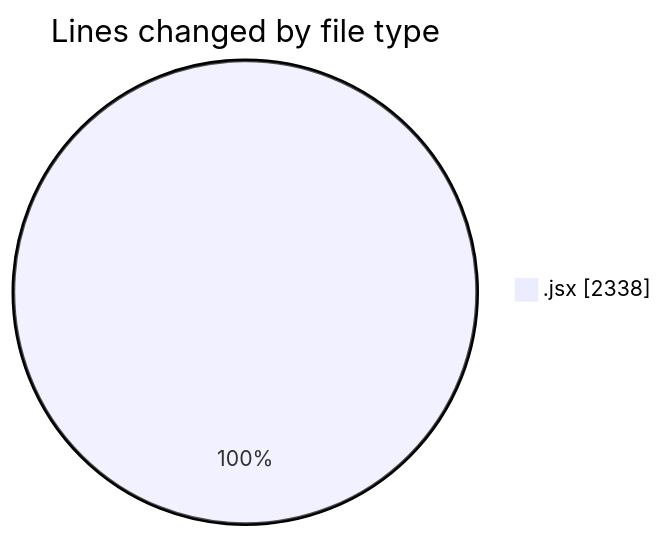
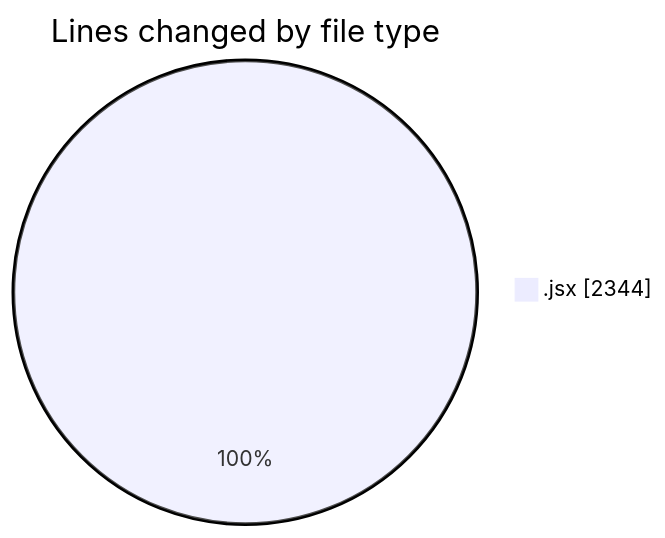
One commit to nxtqubesakshisongat/code-tracking changed the first of 2 diagrams in 2025-08-01/nxtqube_webapp/README.md. Above: the diagram before and after it, drawn with Mermaid. The commit also changed other lines of this file and 1 other file, not shown here.

````diff
--- a/2025-08-01/nxtqube_webapp/README.md
+++ b/2025-08-01/nxtqube_webapp/README.md
@@ -26,5 +26,5 @@
 ```mermaid
 pie showData
 title Lines changed by file type
-".jsx" : 2338
+".jsx" : 2344
 ```
````
